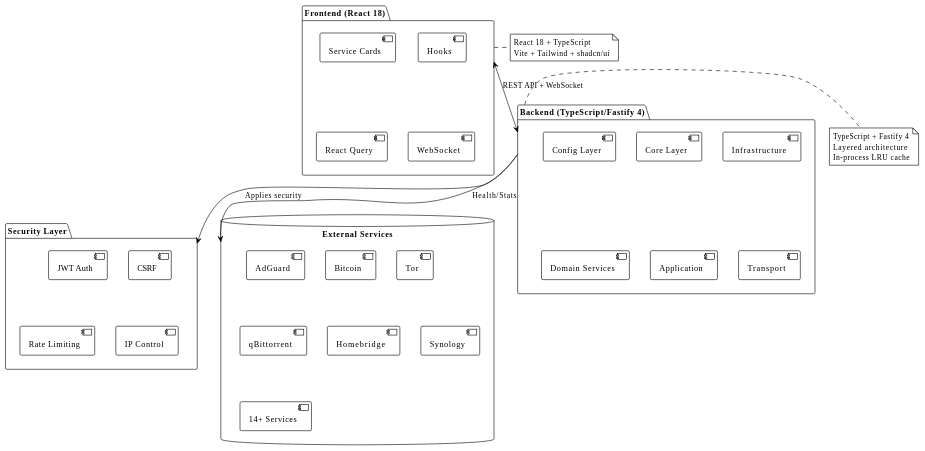
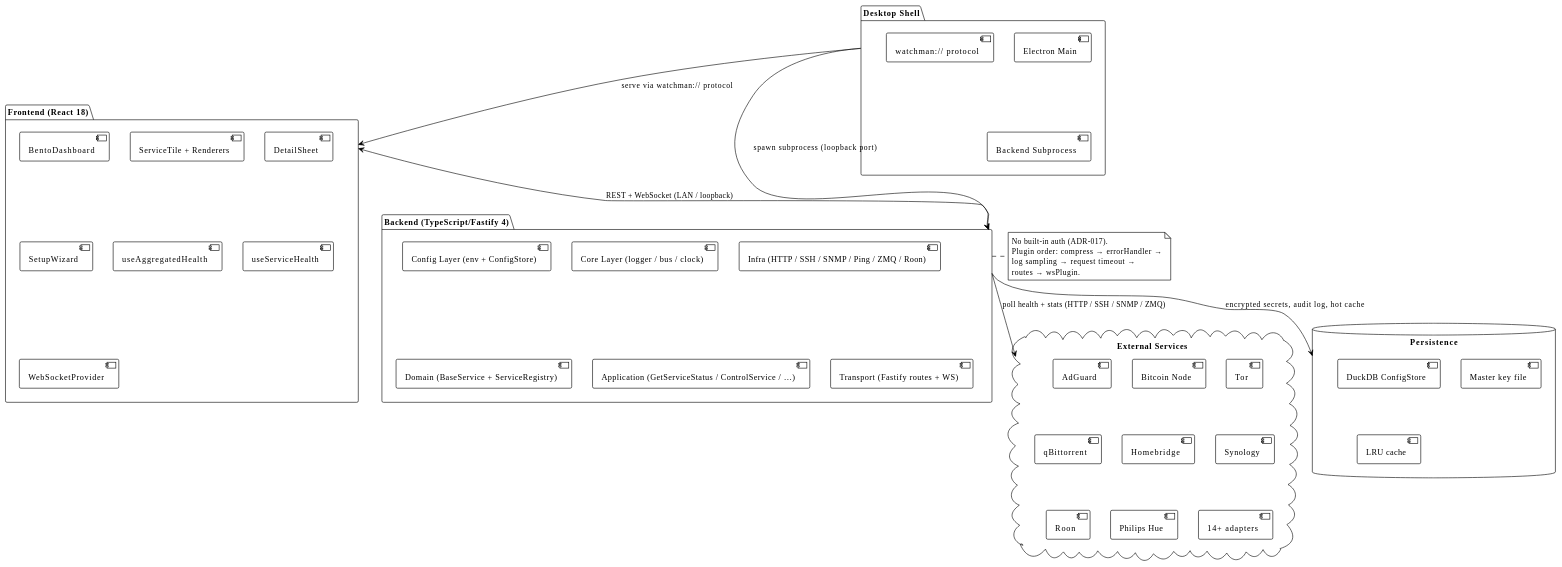
The second of 5 diagrams in docs/INDEX.md (EraPartner/Watchman), drawn with PlantUML before and after one commit. The commit also changed other lines of this file and 9 other files, not shown here.

First line of the commit message:
docs: align KB with ADR-017 (no auth) and add interactive flow visualizer

````diff
--- a/docs/INDEX.md
+++ b/docs/INDEX.md
@@ -230,53 +235,61 @@
 ```plantuml
 @startuml
 !theme plain
 
+package "Desktop Shell" as DT {
+    [Electron Main]
+    [watchman:// protocol]
+    [Backend Subprocess]
+}
+
 package "Frontend (React 18)" as FE {
-    [Service Cards]
-    [Hooks]
-    [React Query]
-    [WebSocket]
+    [BentoDashboard]
+    [ServiceTile + Renderers]
+    [DetailSheet]
+    [SetupWizard]
+    [useAggregatedHealth]
+    [useServiceHealth]
+    [WebSocketProvider]
 }
 
 package "Backend (TypeScript/Fastify 4)" as BE {
-    [Config Layer]
-    [Core Layer]
-    [Infrastructure]
-    [Domain Services]
-    [Application]
-    [Transport]
+    [Config Layer (env + ConfigStore)]
+    [Core Layer (logger / bus / clock)]
+    [Infra (HTTP / SSH / SNMP / Ping / ZMQ / Roon)]
+    [Domain (BaseService + ServiceRegistry)]
+    [Application (GetServiceStatus / ControlService / …)]
+    [Transport (Fastify routes + WS)]
 }
 
-package "Security Layer" as SEC {
-    [JWT Auth]
-    [CSRF]
-    [Rate Limiting]
-    [IP Control]
+database "Persistence" as DATA {
+    [DuckDB ConfigStore]
+    [Master key file]
+    [LRU cache]
 }
 
-database "External Services" as Ext {
+cloud "External Services" as Ext {
     [AdGuard]
-    [Bitcoin]
+    [Bitcoin Node]
     [Tor]
     [qBittorrent]
     [Homebridge]
     [Synology]
-    [14+ Services]
+    [Roon]
+    [Philips Hue]
+    [14+ adapters]
 }
 
-FE <--> BE : REST API + WebSocket
-BE --> SEC : Applies security
-BE --> Ext : Health/Stats
-
-note right of FE
-  React 18 + TypeScript
-  Vite + Tailwind + shadcn/ui
-end note
+DT --> BE : spawn subprocess (loopback port)
+DT --> FE : serve via watchman:// protocol
+FE <--> BE : REST + WebSocket (LAN / loopback)
+BE --> DATA : encrypted secrets, audit log, hot cache
+BE --> Ext : poll health + stats (HTTP / SSH / SNMP / ZMQ)
 
 note right of BE
-  TypeScript + Fastify 4
-  Layered architecture
-  In-process LRU cache
+  No built-in auth (ADR-017).
+  Plugin order: compress → errorHandler →
+  log sampling → request timeout →
+  routes → wsPlugin.
 end note
 @enduml
 ```
````
